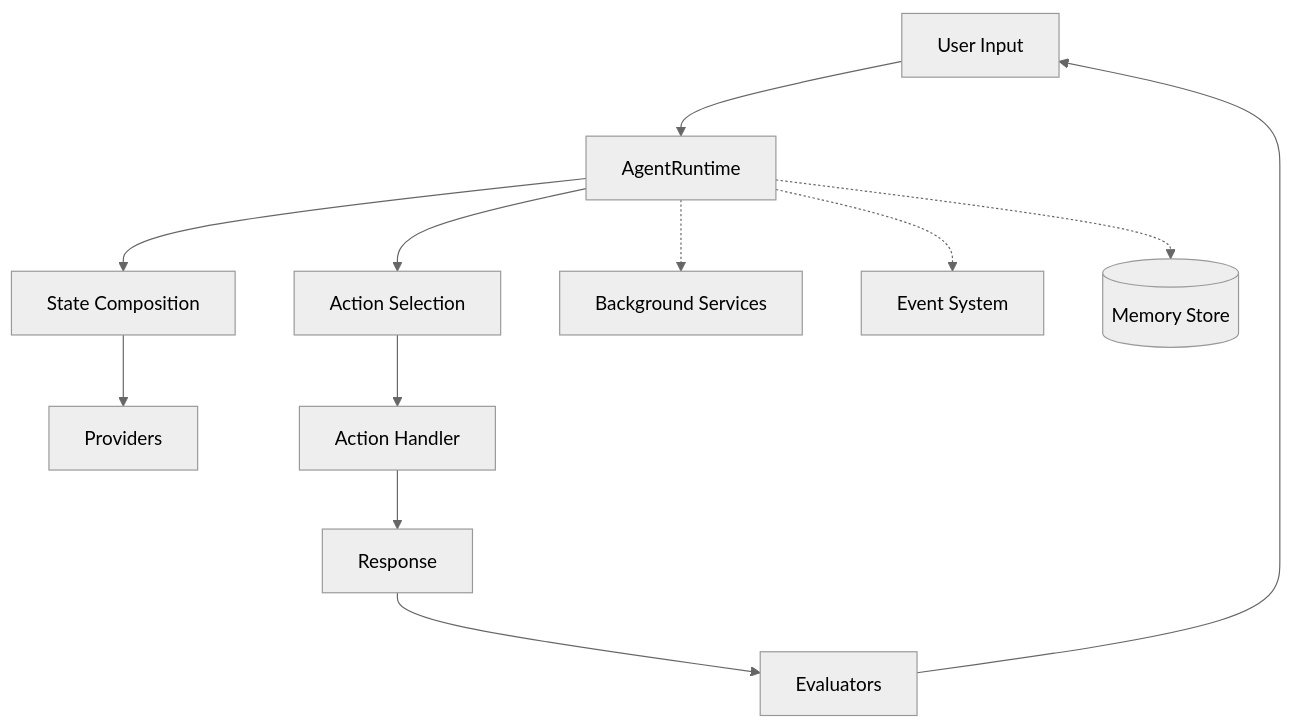
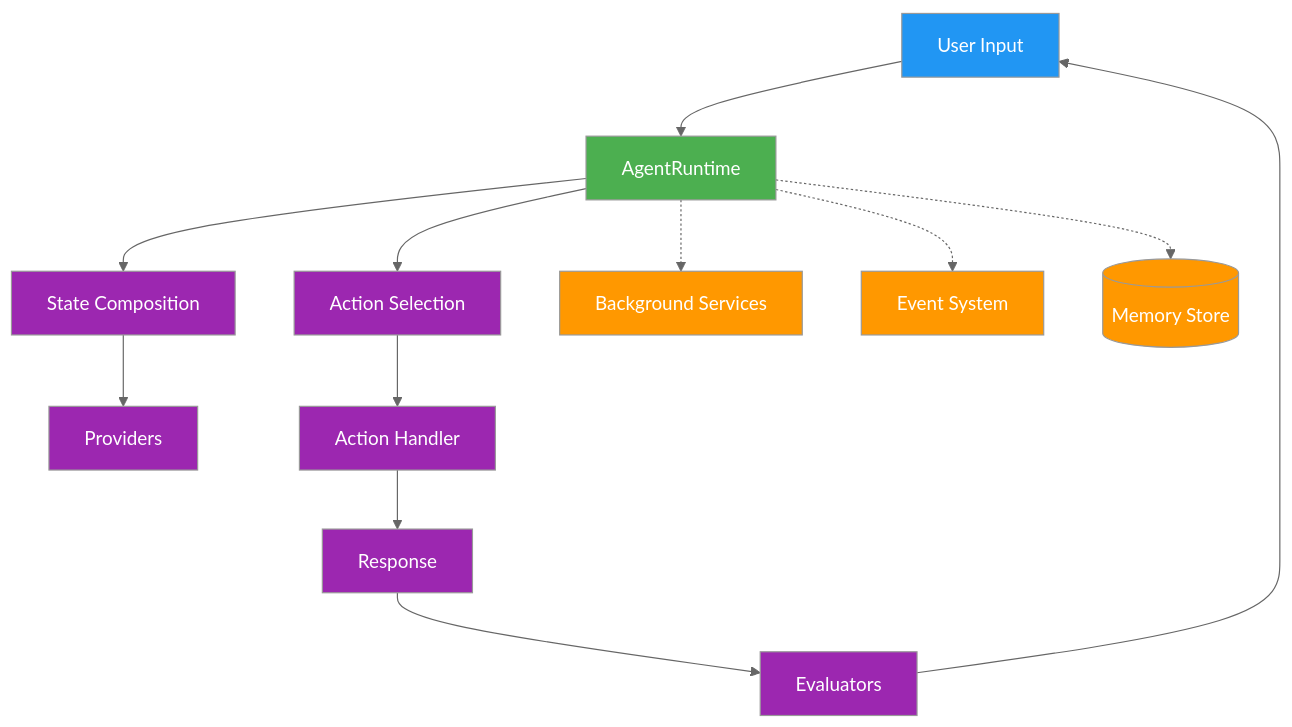
One commit to elizaOS/docs changed the first of 3 diagrams in runtime/core.mdx. Above: the diagram before and after it, drawn with Mermaid (neutral theme). The commit also changed other lines of this file and 10 other files, not shown here.

Commit message:
improve mermaids

````diff
--- a/runtime/core.mdx
+++ b/runtime/core.mdx
@@ -10,15 +10,25 @@
 ```mermaid
-graph TB
+flowchart TD
     User[User Input] --> Runtime[AgentRuntime]
     Runtime --> State[State Composition]
     State --> Providers[Providers]
     Runtime --> Actions[Action Selection]
     Actions --> Handler[Action Handler]
     Handler --> Response[Response]
     Response --> Evaluators[Evaluators]
     Evaluators --> User
     
     Runtime -.-> Services[Background Services]
     Runtime -.-> Events[Event System]
     Runtime -.-> Memory[(Memory Store)]
+    
+    classDef user fill:#2196f3,color:#fff
+    classDef runtime fill:#4caf50,color:#fff
+    classDef processing fill:#9c27b0,color:#fff
+    classDef support fill:#ff9800,color:#fff
+    
+    class User user
+    class Runtime runtime
+    class State,Providers,Actions,Handler,Response,Evaluators processing
+    class Services,Events,Memory support
 ```
````
